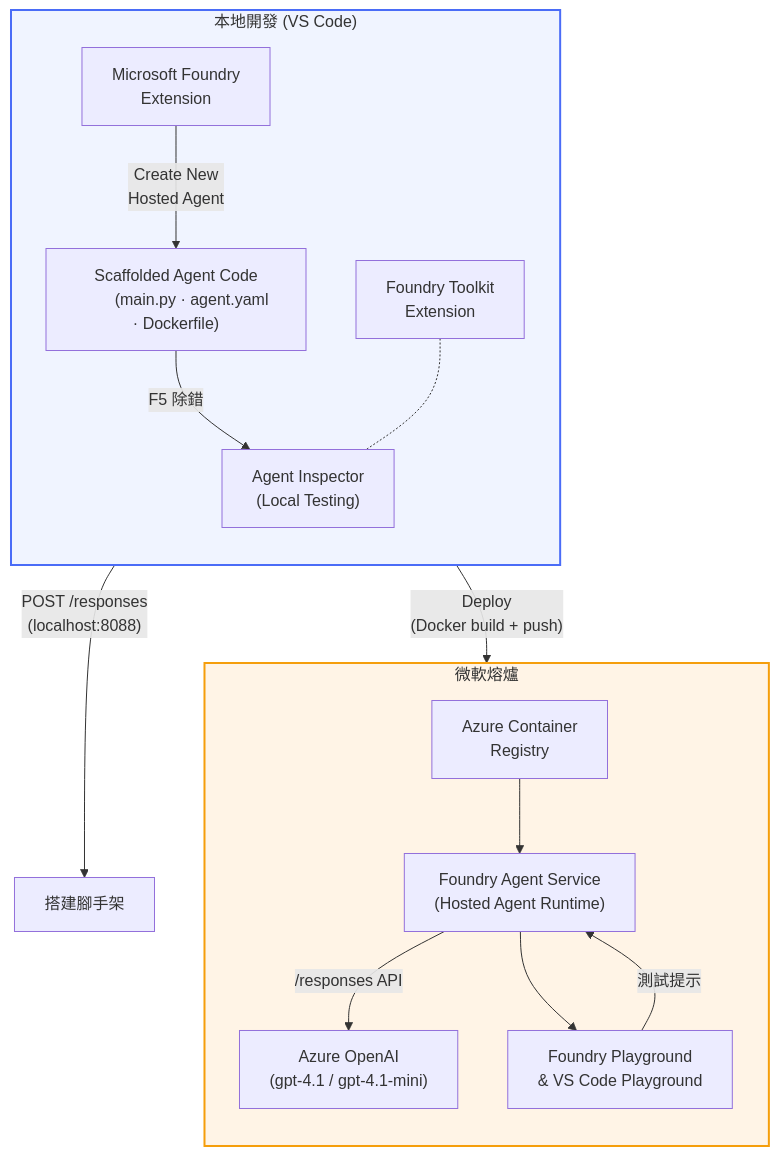
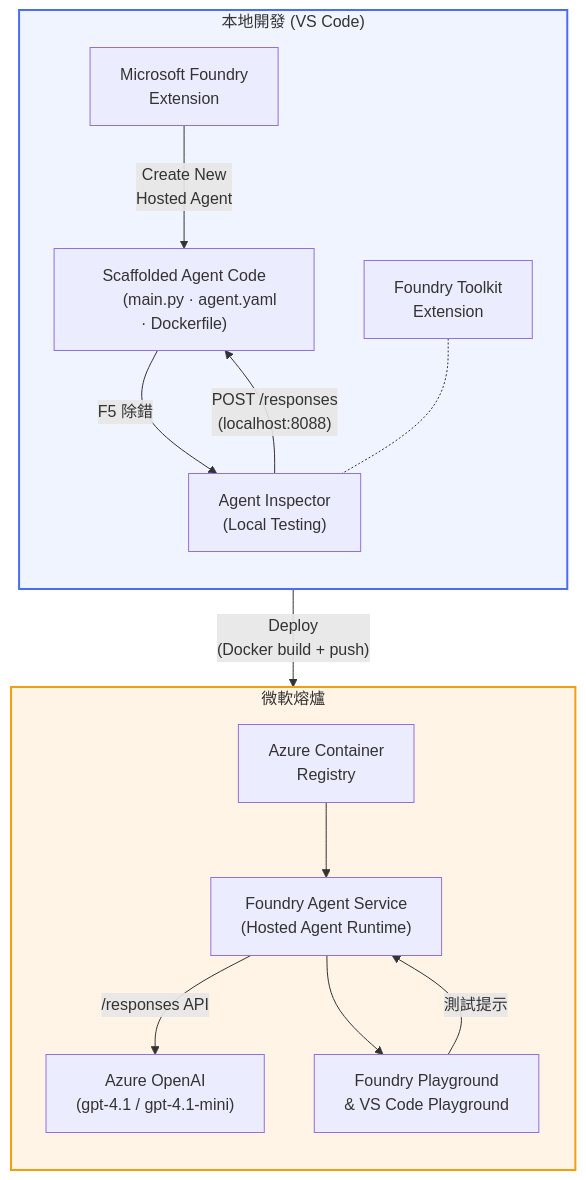
Before and after one commit to microsoft-foundry/Foundry_Toolkit_for_VSCode_Lab: the diagram in translations/zh-TW/README.md, drawn with Mermaid. The commit also changed other lines of this file and 150 other files, not shown here.

````diff
--- a/translations/zh-TW/README.md
+++ b/translations/zh-TW/README.md
@@ -52,42 +52,42 @@
 ```mermaid
 flowchart TB
     subgraph Local["本地開發 (VS Code)"]
         direction TB
         FE["Microsoft Foundry
         Extension"]
         FoundryToolkit["Foundry Toolkit
         Extension"]
         Scaffold["Scaffolded Agent Code
         (main.py · agent.yaml · Dockerfile)"]
         Inspector["Agent Inspector
         (Local Testing)"]
         FE -- "Create New
         Hosted Agent" --> Scaffold
         Scaffold -- "F5 除錯" --> Inspector
         FoundryToolkit -.- Inspector
     end
 
     subgraph Cloud["微軟熔爐"]
         direction TB
         ACR["Azure Container
         Registry"]
         AgentService["Foundry Agent Service
         (Hosted Agent Runtime)"]
         Model["Azure OpenAI
         (gpt-4.1 / gpt-4.1-mini)"]
         Playground["Foundry Playground
         & VS Code Playground"]
         ACR --> AgentService
         AgentService -- "/responses API" --> Model
         AgentService --> Playground
     end
 
     Scaffold -- "Deploy
     (Docker build + push)" --> ACR
     Inspector -- "POST /responses
-    (localhost:8088)" --> 搭建腳手架
+    (localhost:8088)" --> Scaffold
     Playground -- "測試提示" --> AgentService
 
     style Local fill:#f0f4ff,stroke:#4a6cf7,stroke-width:2px
     style Cloud fill:#fff4e6,stroke:#f59e0b,stroke-width:2px
 ```
````
